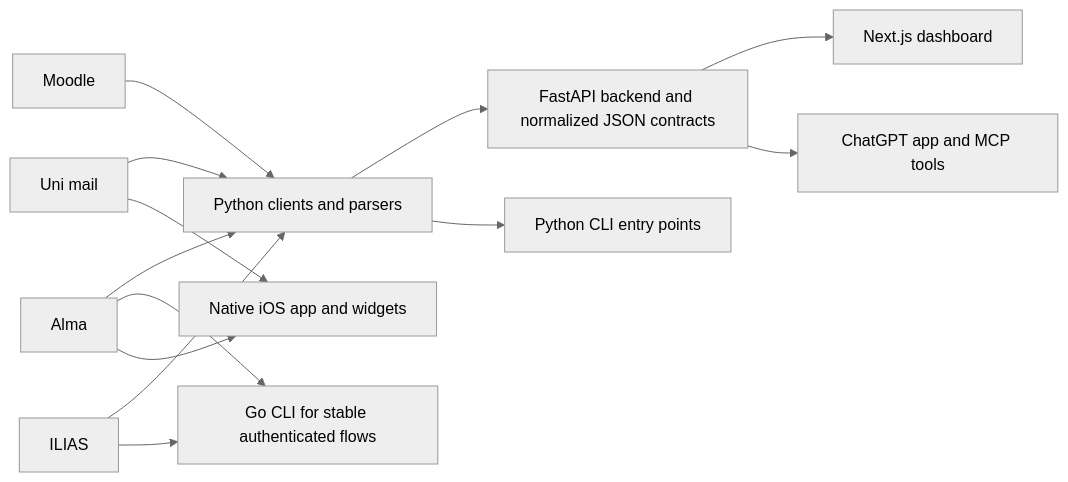
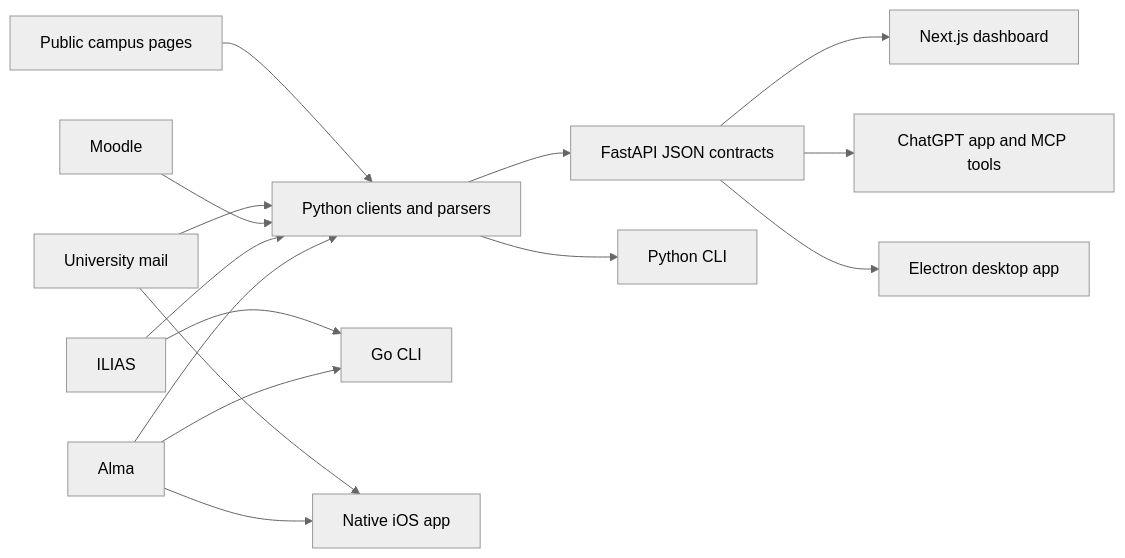
Before and after one commit to SebastianBoehler/tue-api-wrapper: the diagram in README.md, drawn with Mermaid (neutral theme). The commit also changed other lines of this file and 4 other files, not shown here.

````diff
--- a/README.md
+++ b/README.md
@@ -82,15 +182,17 @@
 ```mermaid
 flowchart LR
     Alma["Alma"] --> Python["Python clients and parsers"]
     ILIAS["ILIAS"] --> Python
     Moodle["Moodle"] --> Python
-    Mail["Uni mail"] --> Python
-    Mail --> iOS
-    Python --> API["FastAPI backend and normalized JSON contracts"]
+    Mail["University mail"] --> Python
+    Campus["Public campus pages"] --> Python
+    Python --> API["FastAPI JSON contracts"]
     API --> Web["Next.js dashboard"]
     API --> ChatGPT["ChatGPT app and MCP tools"]
-    Python --> PyCLI["Python CLI entry points"]
-    Alma --> Go["Go CLI for stable authenticated flows"]
+    API --> Desktop["Electron desktop app"]
+    Python --> PyCLI["Python CLI"]
+    Alma --> Go["Go CLI"]
     ILIAS --> Go
-    Alma --> iOS["Native iOS app and widgets"]
+    Alma --> iOS["Native iOS app"]
+    Mail --> iOS
 ```
````
